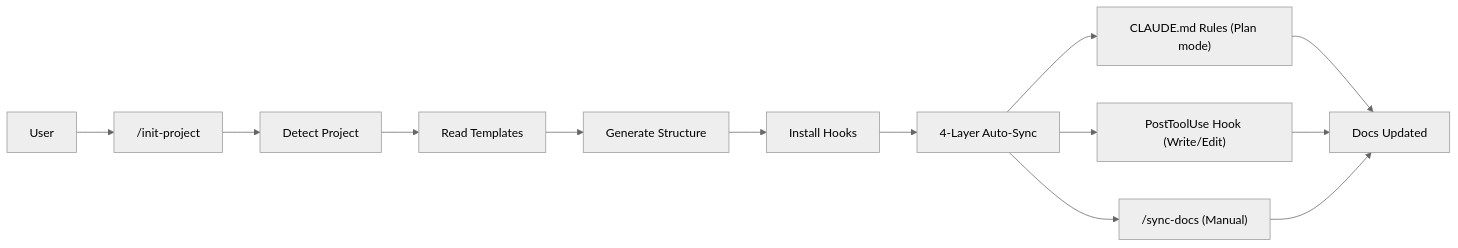
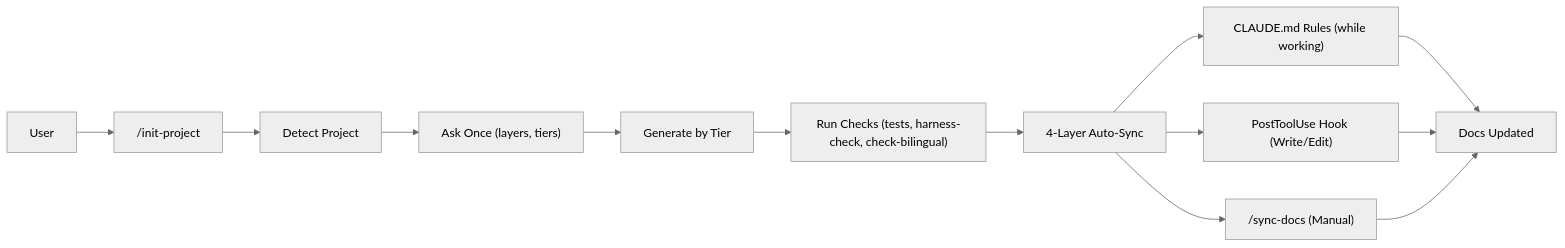
The fourth of 4 diagrams in docs/architecture.md (whchoi98/project-init), drawn with Mermaid (neutral theme) before and after one commit. The commit also changed other lines of this file and 101 other files, not shown here.

First line of the commit message:
feat!: align harness with Opus 5.5 and the Claude 5.5 family (ADR-009)

````diff
--- a/docs/architecture.md
+++ b/docs/architecture.md
@@ -142,11 +160,11 @@
 ```mermaid
 flowchart LR
-  User --> INIT["/init-project"] --> Detect[Detect Project] --> Templates[Read Templates] --> Generate[Generate Structure] --> Hooks[Install Hooks]
-  Hooks --> Sync[4-Layer Auto-Sync]
-  Sync --> Rules["CLAUDE.md Rules (Plan mode)"]
+  User --> INIT["/init-project"] --> Detect[Detect Project] --> Ask["Ask Once (layers, tiers)"] --> Generate[Generate by Tier] --> Checks["Run Checks (tests, harness-check, check-bilingual)"]
+  Checks --> Sync[4-Layer Auto-Sync]
+  Sync --> Rules["CLAUDE.md Rules (while working)"]
   Sync --> Post["PostToolUse Hook (Write/Edit)"]
   Sync --> Manual["/sync-docs (Manual)"]
   Rules --> Updated[Docs Updated]
   Post --> Updated
   Manual --> Updated
 ```
````
